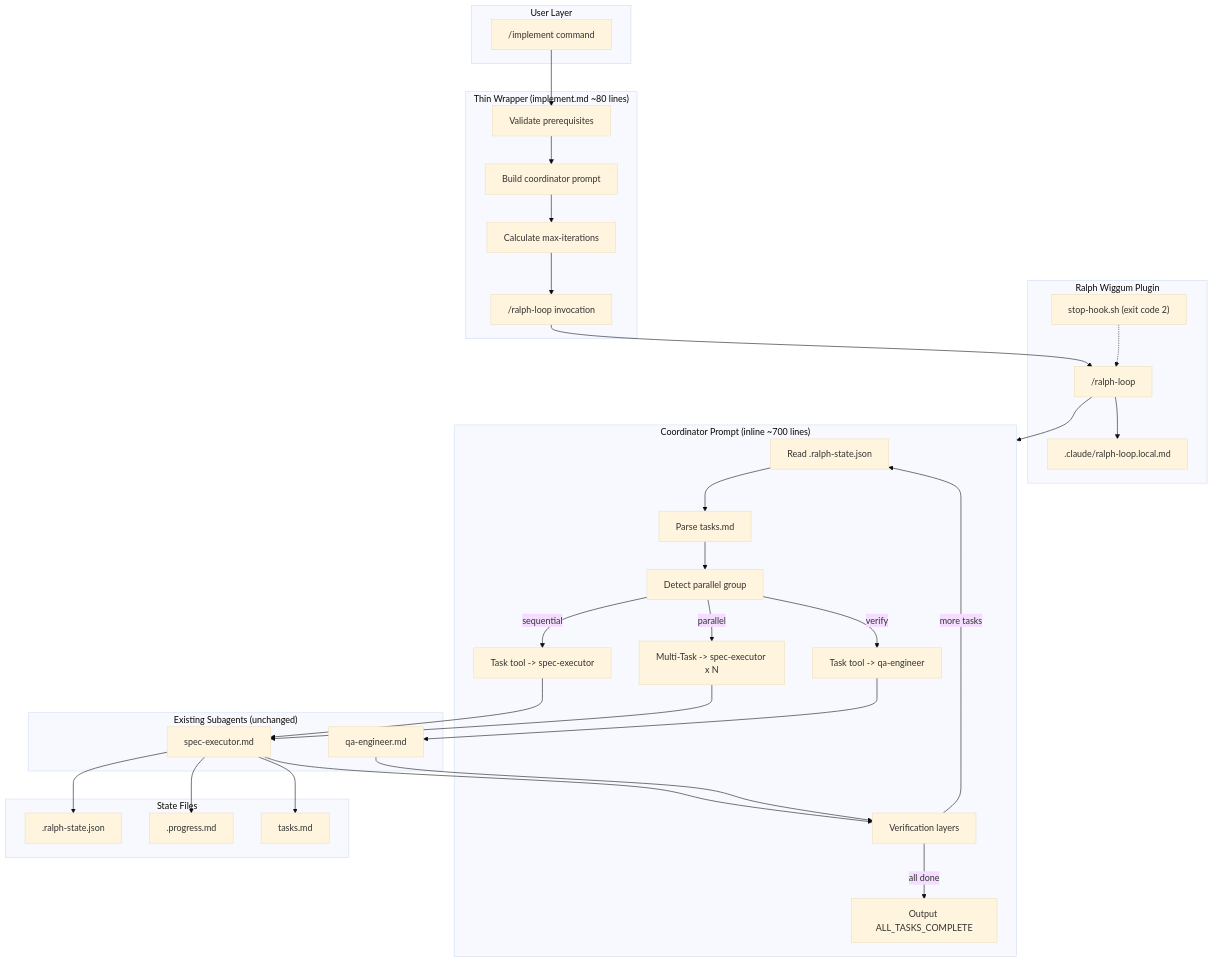
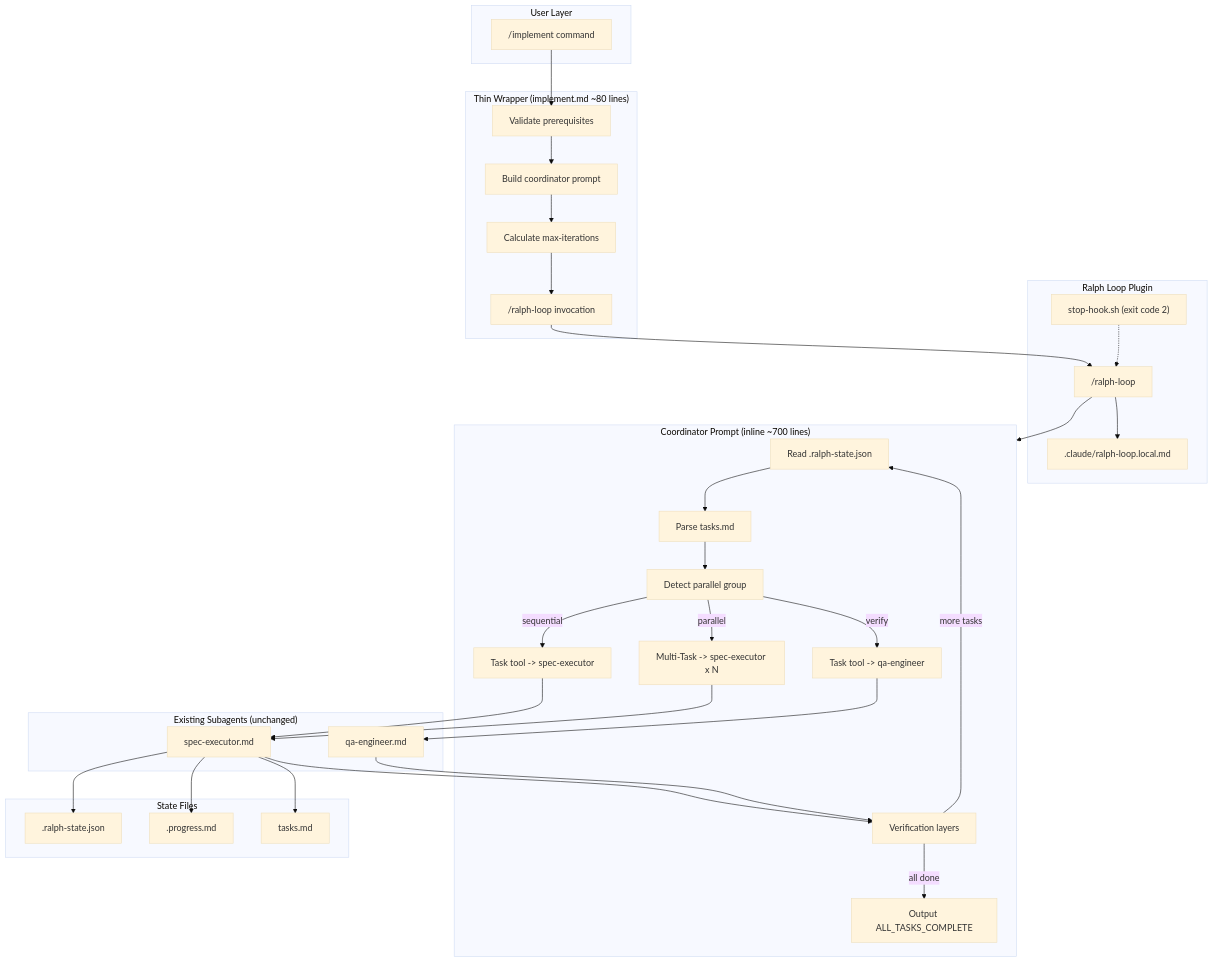
The first of 3 diagrams in specs/implement-ralph-wiggum/design.md (informatico-madrid/smart-ralph), drawn with Mermaid (base theme) before and after one commit. The commit also changed other lines of this file and 23 other files, not shown here.

````diff
--- a/specs/implement-ralph-wiggum/design.md
+++ b/specs/implement-ralph-wiggum/design.md
@@ -9,69 +9,69 @@
 ```mermaid
 graph TB
     subgraph User["User Layer"]
         Cmd["/implement command"]
     end
 
     subgraph Wrapper["Thin Wrapper (implement.md ~80 lines)"]
         Validate["Validate prerequisites"]
         BuildPrompt["Build coordinator prompt"]
         CalcIter["Calculate max-iterations"]
         InvokeRL["/ralph-loop invocation"]
     end
 
-    subgraph RalphWiggum["Ralph Wiggum Plugin"]
+    subgraph RalphWiggum["Ralph Loop Plugin"]
         RL["/ralph-loop"]
         StopHook["stop-hook.sh (exit code 2)"]
         RWState[".claude/ralph-loop.local.md"]
     end
 
     subgraph Coordinator["Coordinator Prompt (inline ~700 lines)"]
         ReadState["Read .ralph-state.json"]
         ParseTasks["Parse tasks.md"]
         DetectGroup["Detect parallel group"]
         DelegateSeq["Task tool -> spec-executor"]
         DelegatePar["Multi-Task -> spec-executor x N"]
         DelegateVerify["Task tool -> qa-engineer"]
         VerifyCompletion["Verification layers"]
         OutputSignal["Output ALL_TASKS_COMPLETE"]
     end
 
     subgraph Subagents["Existing Subagents (unchanged)"]
         SpecExec["spec-executor.md"]
         QA["qa-engineer.md"]
     end
 
     subgraph State["State Files"]
         RalphState[".ralph-state.json"]
         Progress[".progress.md"]
         Tasks["tasks.md"]
     end
 
     Cmd --> Validate
     Validate --> BuildPrompt
     BuildPrompt --> CalcIter
     CalcIter --> InvokeRL
 
     InvokeRL --> RL
     RL --> Coordinator
     StopHook -.-> RL
 
     ReadState --> ParseTasks
     ParseTasks --> DetectGroup
     DetectGroup -->|sequential| DelegateSeq
     DetectGroup -->|parallel| DelegatePar
     DetectGroup -->|verify| DelegateVerify
     DelegateSeq --> SpecExec
     DelegatePar --> SpecExec
     DelegateVerify --> QA
 
     SpecExec --> VerifyCompletion
     QA --> VerifyCompletion
     VerifyCompletion -->|all done| OutputSignal
     VerifyCompletion -->|more tasks| ReadState
 
     SpecExec --> RalphState
     SpecExec --> Progress
     SpecExec --> Tasks
     RL --> RWState
 ```
````
